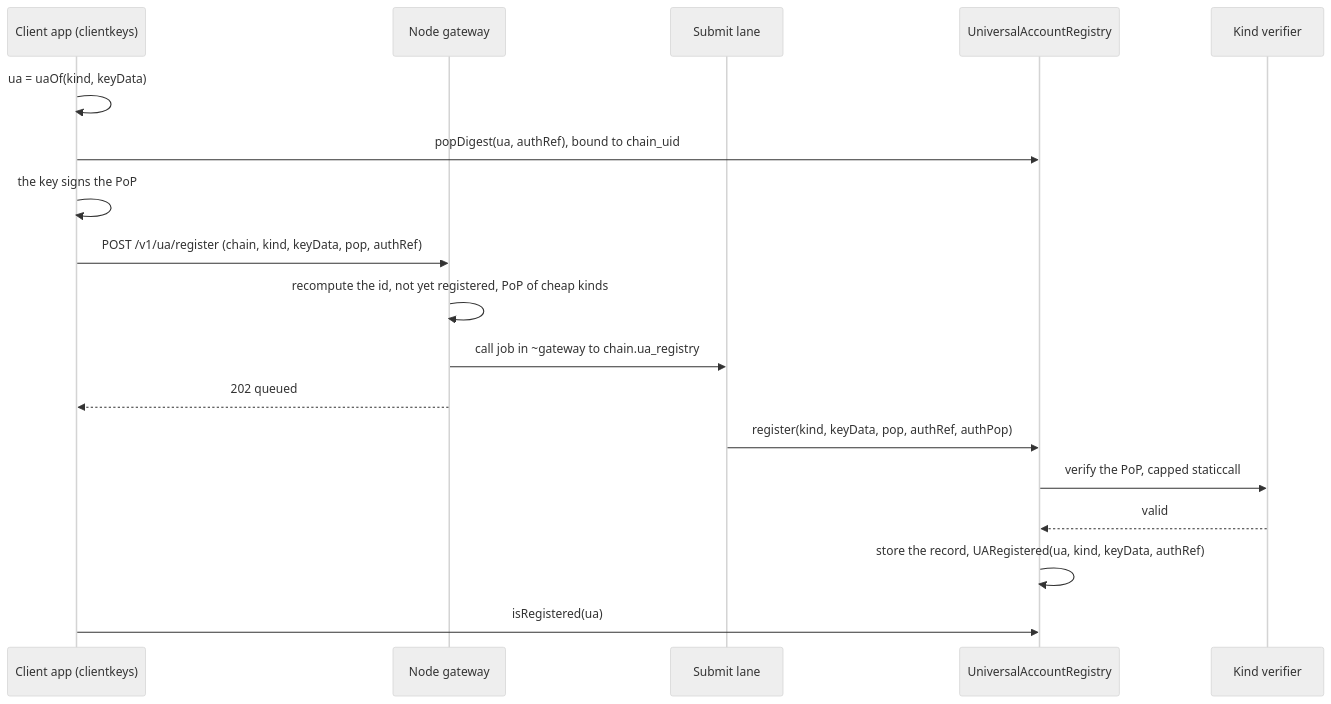
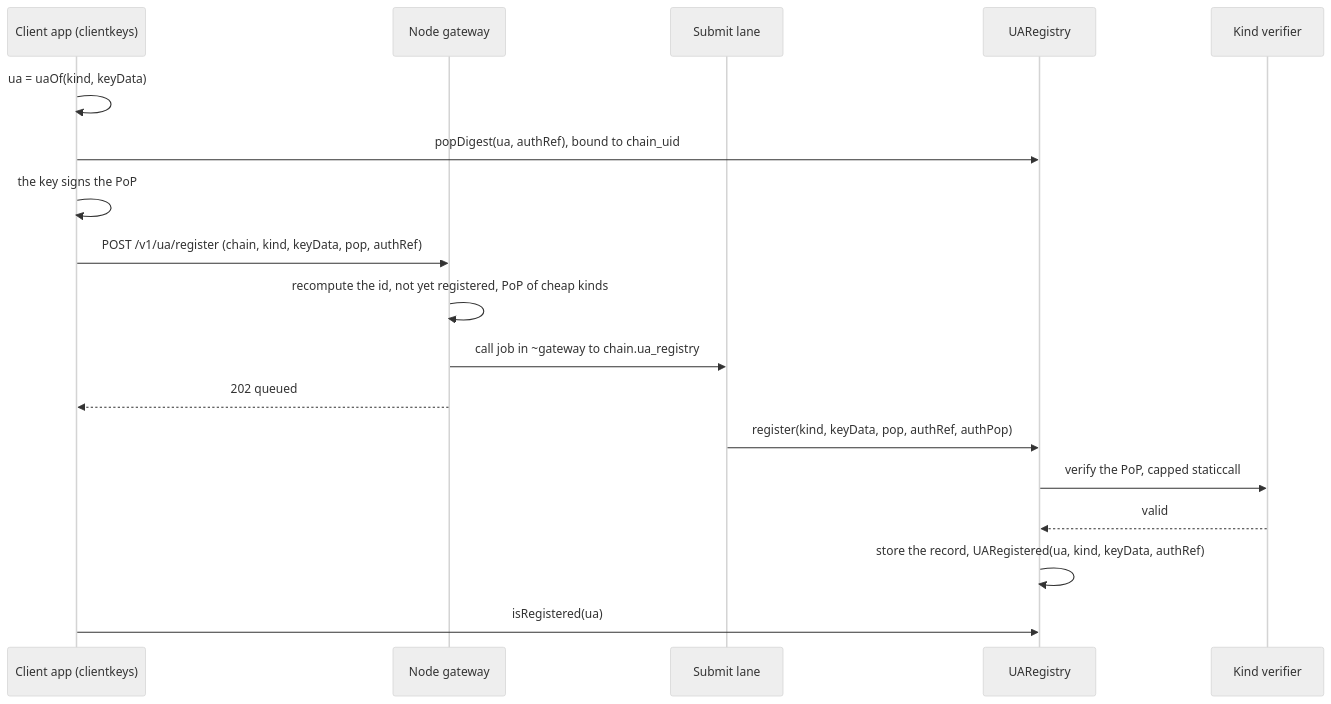
The tenth of 12 diagrams in docs/architecture.md (dinhduongha/scaas), drawn with Mermaid (neutral theme) before and after one commit. The commit also changed other lines of this file and 13 other files, not shown here.

````diff
--- a/docs/architecture.md
+++ b/docs/architecture.md
@@ -718,20 +718,20 @@
 ```mermaid
 sequenceDiagram
     participant APP as Client app (clientkeys)
     participant GW as Node gateway
     participant LANE as Submit lane
-    participant REG as UniversalAccountRegistry
+    participant REG as UARegistry
     participant VER as Kind verifier
     APP->>APP: ua = uaOf(kind, keyData)
     APP->>REG: popDigest(ua, authRef), bound to chain_uid
     APP->>APP: the key signs the PoP
     APP->>GW: POST /v1/ua/register (chain, kind, keyData, pop, authRef)
     GW->>GW: recompute the id, not yet registered, PoP of cheap kinds
     GW->>LANE: call job in ~gateway to chain.ua_registry
     GW-->>APP: 202 queued
     LANE->>REG: register(kind, keyData, pop, authRef, authPop)
     REG->>VER: verify the PoP, capped staticcall
     VER-->>REG: valid
     REG->>REG: store the record, UARegistered(ua, kind, keyData, authRef)
     APP->>REG: isRegistered(ua)
 ```
````
